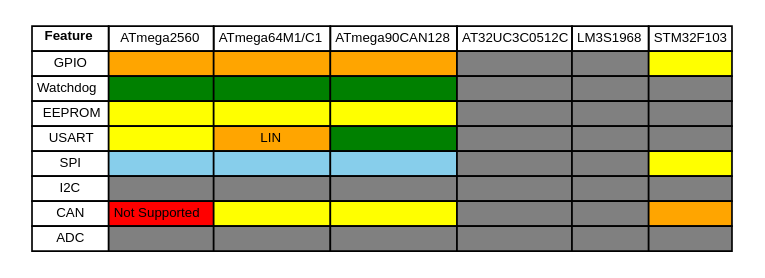
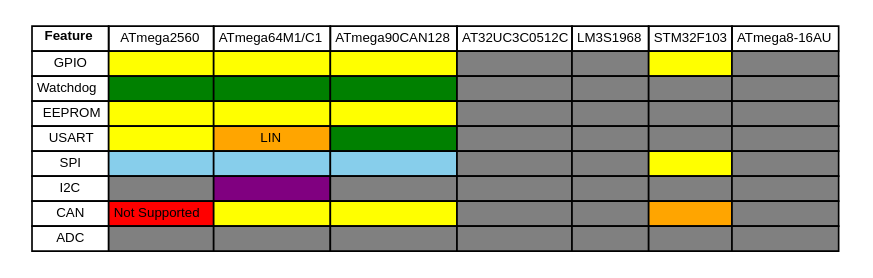
One commit to Aeronavics/ValleyForge changed the diagram in doc/zim-valleyforge/HAL/img/support-table.dot. Above: the diagram before and after it, drawn with Graphviz. The commit also changed 3 other files, not shown here.

```diff
--- a/doc/zim-valleyforge/HAL/img/support-table.dot
+++ b/doc/zim-valleyforge/HAL/img/support-table.dot
@@ -1,90 +1,99 @@
 digraph structs {
 node [shape=plaintext]
 struct1 [label=<
 <FONT POINT-SIZE="8" FACE="sans-serif">
 <TABLE BORDER="0" CELLBORDER="1" CELLSPACING="0" CELLPADDING="2">
 
 <tr><td><b>Feature</b></td>
 	<td>ATmega2560</td>
 	<td>ATmega64M1/C1</td>
 	<td>ATmega90CAN128</td>
 	<td>AT32UC3C0512C</td>
 	<td>LM3S1968</td>
 	<td>STM32F103</td>
+	<td>ATmega8-16AU</td>
 </tr>
 
 <tr><td>GPIO</td>
-	<td bgcolor="orange"></td>
-	<td bgcolor="orange"></td>
-	<td bgcolor="orange"></td>
+	<td bgcolor="yellow"></td>
+	<td bgcolor="yellow"></td>
+	<td bgcolor="yellow"></td>
 	<td bgcolor="gray"></td>
 	<td bgcolor="gray"></td>
 	<td bgcolor="yellow"></td>
+	<td bgcolor="gray"></td>
 </tr>
 
 <tr><td>Watchdog</td>
 	<td bgcolor="green"></td>
 	<td bgcolor="green"></td>
 	<td bgcolor="green"></td>
+	<td bgcolor="gray"></td>
 	<td bgcolor="gray"></td>
 	<td bgcolor="gray"></td>
 	<td bgcolor="gray"></td>
 </tr>
 
 <tr><td>EEPROM</td>
 	<td bgcolor="yellow"></td>
 	<td bgcolor="yellow"></td>
 	<td bgcolor="yellow"></td>
 	<td bgcolor="gray"></td>
 	<td bgcolor="gray"></td>
 	<td bgcolor="gray"></td>
+	<td bgcolor="gray"></td>
 </tr>
 
 <tr><td>USART</td>
 	<td bgcolor="yellow"></td>
 	<td bgcolor="orange">LIN</td>
 	<td bgcolor="green"></td>
+	<td bgcolor="gray"></td>
 	<td bgcolor="gray"></td>
 	<td bgcolor="gray"></td>
 	<td bgcolor="gray"></td>
 </tr>
 
 <tr><td>SPI</td>
 	<td bgcolor="skyblue"></td>
 	<td bgcolor="skyblue"></td>
 	<td bgcolor="skyblue"></td>
 	<td bgcolor="gray"></td>
 	<td bgcolor="gray"></td>
 	<td bgcolor="yellow"></td>
+	<td bgcolor="gray"></td>
 </tr>
 
 <tr><td>I2C</td>
 	<td bgcolor="gray"></td>
+	<td bgcolor="purple"></td>
 	<td bgcolor="gray"></td>
 	<td bgcolor="gray"></td>
 	<td bgcolor="gray"></td>
 	<td bgcolor="gray"></td>
 	<td bgcolor="gray"></td>
 </tr>
 
 <tr><td>CAN</td>
 	<td bgcolor="red">Not Supported</td>
 	<td bgcolor="yellow"></td>
 	<td bgcolor="yellow"></td>
 	<td bgcolor="gray"></td>
 	<td bgcolor="gray"></td>
 	<td bgcolor="orange"></td>
+	<td bgcolor="gray"></td>
 </tr>
 
 <tr><td>ADC</td>
+	<td bgcolor="gray"></td>
 	<td bgcolor="gray"></td>
 	<td bgcolor="gray"></td>
 	<td bgcolor="gray"></td>
 	<td bgcolor="gray"></td>
 	<td bgcolor="gray"></td>
 	<td bgcolor="gray"></td>
 </tr>
 
 </TABLE></FONT>
 >];
 }
```
